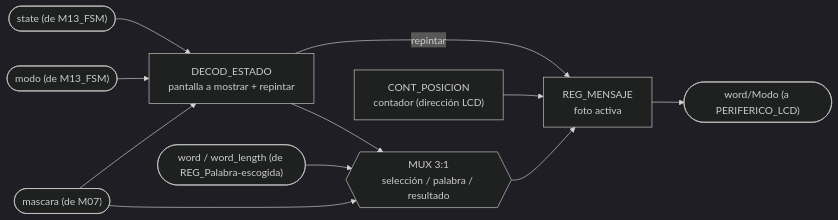
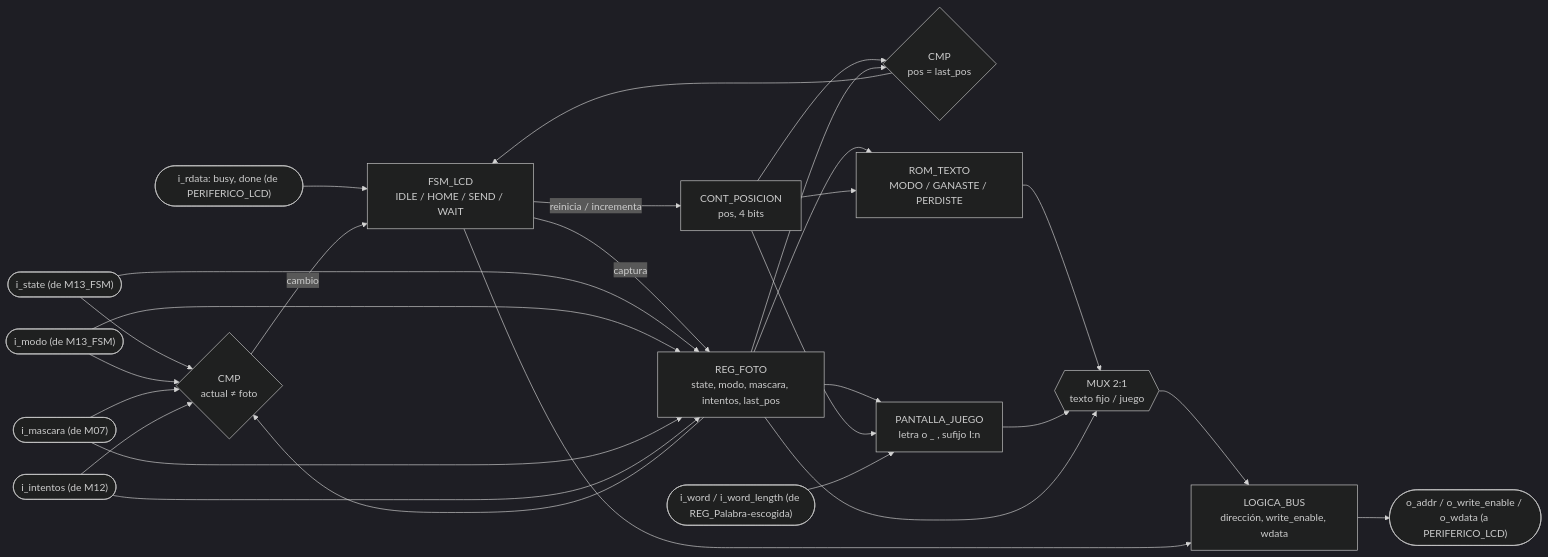
The first of 2 diagrams in docs/diseño/modulos/M04_Mostrar-LCD.md (Taller-de-diseno-digital-GR01/Proyecto-2-Ahorcado), drawn with Mermaid (dark theme) before and after one commit. The commit also changed other lines of this file and 7 other files, not shown here.

````diff
--- a/docs/diseño/modulos/M04_Mostrar-LCD.md
+++ b/docs/diseño/modulos/M04_Mostrar-LCD.md
@@ -33,13 +33,30 @@
 ```mermaid
 flowchart LR
-    IN_STATE(["state (de M13_FSM)"]) --> DEC_ST["DECOD_ESTADO<br/>pantalla a mostrar + repintar"]
-    IN_MODO(["modo (de M13_FSM)"]) --> DEC_ST
-    IN_MASC(["mascara (de M07)"]) --> DEC_ST
-    IN_WORD(["word / word_length (de REG_Palabra-escogida)"]) --> MUX1{{"MUX 3:1<br/>selección / palabra / resultado"}}
-    IN_MASC --> MUX1
-    DEC_ST -->|repintar| REG_MSG["REG_MENSAJE<br/>foto activa"]
-    DEC_ST --> MUX1
-    MUX1 --> REG_MSG
-    CNT_POS["CONT_POSICION<br/>contador (dirección LCD)"] --> REG_MSG
-    REG_MSG --> OUT_LCD(["word/Modo (a PERIFERICO_LCD)"])
+    IN_STATE(["i_state (de M13_FSM)"]) --> CMP_CAMBIO{"CMP<br/>actual ≠ foto"}
+    IN_MODO(["i_modo (de M13_FSM)"]) --> CMP_CAMBIO
+    IN_MASC(["i_mascara (de M07)"]) --> CMP_CAMBIO
+    IN_INT(["i_intentos (de M12)"]) --> CMP_CAMBIO
+    IN_RD(["i_rdata: busy, done (de PERIFERICO_LCD)"]) --> FSM_LCD
+    CMP_CAMBIO -->|cambio| FSM_LCD["FSM_LCD<br/>IDLE / HOME / SEND / WAIT"]
+    FSM_LCD -->|"captura"| REG_FOTO["REG_FOTO<br/>state, modo, mascara, intentos, last_pos"]
+    IN_STATE --> REG_FOTO
+    IN_MODO --> REG_FOTO
+    IN_MASC --> REG_FOTO
+    IN_INT --> REG_FOTO
+    REG_FOTO --> CMP_CAMBIO
+    FSM_LCD -->|"reinicia / incrementa"| CNT_POS["CONT_POSICION<br/>pos, 4 bits"]
+    CNT_POS --> CMP_FIN{"CMP<br/>pos = last_pos"}
+    REG_FOTO --> CMP_FIN
+    CMP_FIN --> FSM_LCD
+    REG_FOTO --> ROM_TXT["ROM_TEXTO<br/>MODO / GANASTE / PERDISTE"]
+    CNT_POS --> ROM_TXT
+    REG_FOTO --> GEN_JUEGO["PANTALLA_JUEGO<br/>letra o _ , sufijo I:n"]
+    CNT_POS --> GEN_JUEGO
+    IN_WORD(["i_word / i_word_length (de REG_Palabra-escogida)"]) --> GEN_JUEGO
+    ROM_TXT --> MUX1{{"MUX 2:1<br/>texto fijo / juego"}}
+    GEN_JUEGO --> MUX1
+    REG_FOTO --> MUX1
+    MUX1 --> BUS_OUT["LOGICA_BUS<br/>dirección, write_enable, wdata"]
+    FSM_LCD --> BUS_OUT
+    BUS_OUT --> OUT_LCD(["o_addr / o_write_enable / o_wdata (a PERIFERICO_LCD)"])
 ```
````
